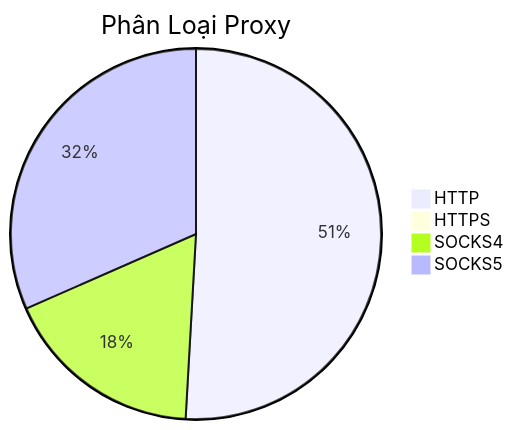
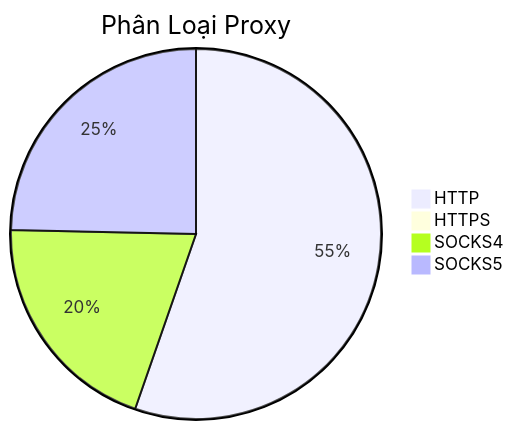
One commit to Ciara-12/PROXY-free changed the diagram in README.md. Above: the diagram before and after it, drawn with Mermaid. The commit also changed other lines of this file and 3 other files, not shown here.

````diff
--- a/README.md
+++ b/README.md
@@ -26,7 +26,7 @@
 ```mermaid
 pie title Phân Loại Proxy
-    "HTTP" : 883
+    "HTTP" : 929
     "HTTPS" : 0
-    "SOCKS4" : 304
-    "SOCKS5" : 548
+    "SOCKS4" : 336
+    "SOCKS5" : 414
 ```
````
